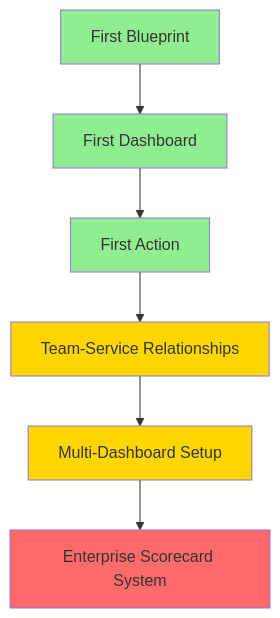
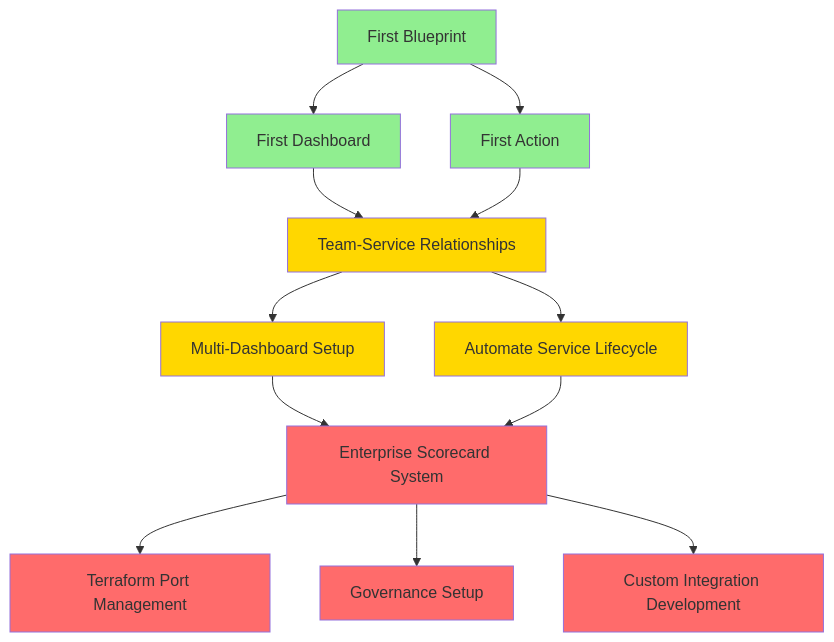
One commit to port-experimental/onboarding-workshop changed the diagram in challenges/README.md. Above: the diagram before and after it, drawn with Mermaid. The commit also changed other lines of this file and 44 other files, not shown here.

````diff
--- a/challenges/README.md
+++ b/challenges/README.md
@@ -74,15 +78,25 @@
 ```mermaid
 graph TD
     A[First Blueprint] --> B[First Dashboard]
-    B --> C[First Action]
-    C --> D[Team-Service Relationships]
+    A --> C[First Action]
+    B --> D[Team-Service Relationships]
+    C --> D
     D --> E[Multi-Dashboard Setup]
+    D --> G[Automate Service Lifecycle]
     E --> F[Enterprise Scorecard System]
-    
+    G --> F
+    F --> H[Terraform Port Management]
+    F --> I[Governance Setup]
+    F --> J[Custom Integration Development]
+
     style A fill:#90EE90
-    style B fill:#90EE90  
+    style B fill:#90EE90
     style C fill:#90EE90
     style D fill:#FFD700
     style E fill:#FFD700
+    style G fill:#FFD700
     style F fill:#FF6B6B
+    style H fill:#FF6B6B
+    style I fill:#FF6B6B
+    style J fill:#FF6B6B
 ```
````
